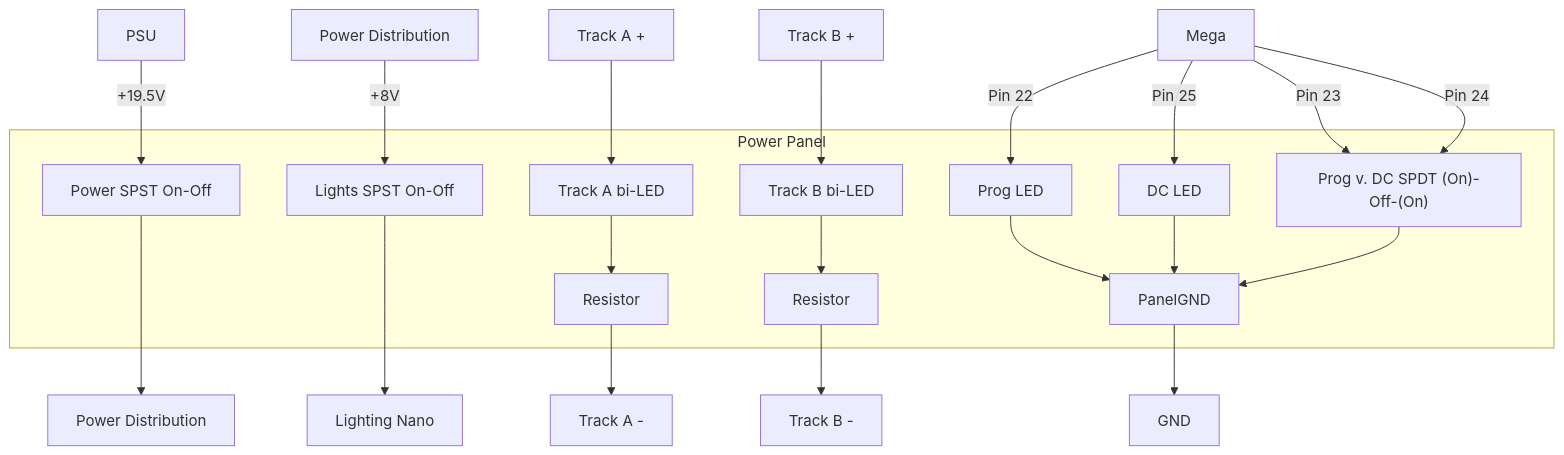
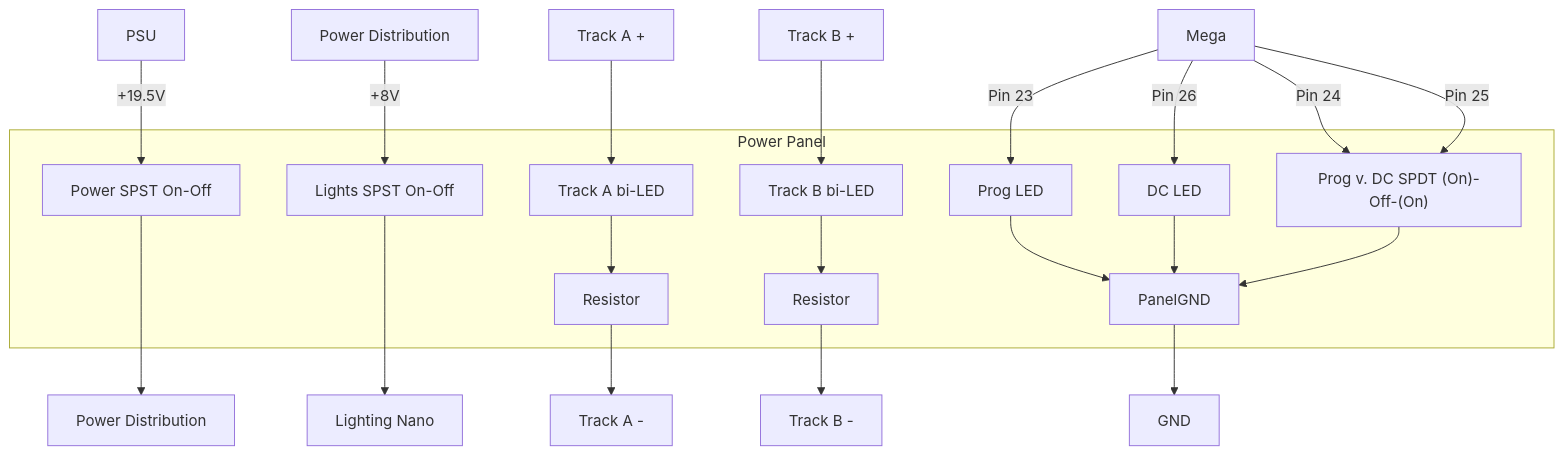
The third of 4 diagrams in diagrams.md (kmltechio/lumber_district), drawn with Mermaid before and after one commit.

````diff
--- a/diagrams.md
+++ b/diagrams.md
@@ -52,24 +52,24 @@
 ```mermaid
 flowchart 
   subgraph Panel[Power Panel]
     Toggle1[Power SPST On-Off]
     Toggle2[Lights SPST On-Off]
     LED1A["Track A bi-LED"]
     ResistorA[Resistor]
     LED1B["Track B bi-LED"]
     ResistorB[Resistor]
     Toggle3["Prog v. DC SPDT (On)-Off-(On)"]
     LED2[Prog LED]
     LED3[DC LED]
     PanelGND
     end
   PSU -->|"+19.5V"| Toggle1 ---> pd[Power Distribution]
   pd8[Power Distribution] -->|"+8V"| Toggle2 ---> Lights[Lighting Nano]
   TrackA["Track A +"] --> LED1A --> ResistorA --> TrackAneg["Track A -"]
   TrackB["Track B +"] --> LED1B --> ResistorB --> TrackBneg["Track B -"]
-  Mega -->|Pin 22| LED2
-  Mega -->|Pin 23| Toggle3
+  Mega -->|Pin 23| LED2
   Mega -->|Pin 24| Toggle3
-  Mega -->|Pin 25| LED3
+  Mega -->|Pin 25| Toggle3
+  Mega -->|Pin 26| LED3
   LED2 & LED3 & Toggle3 --> PanelGND --> GND
 ```
````
